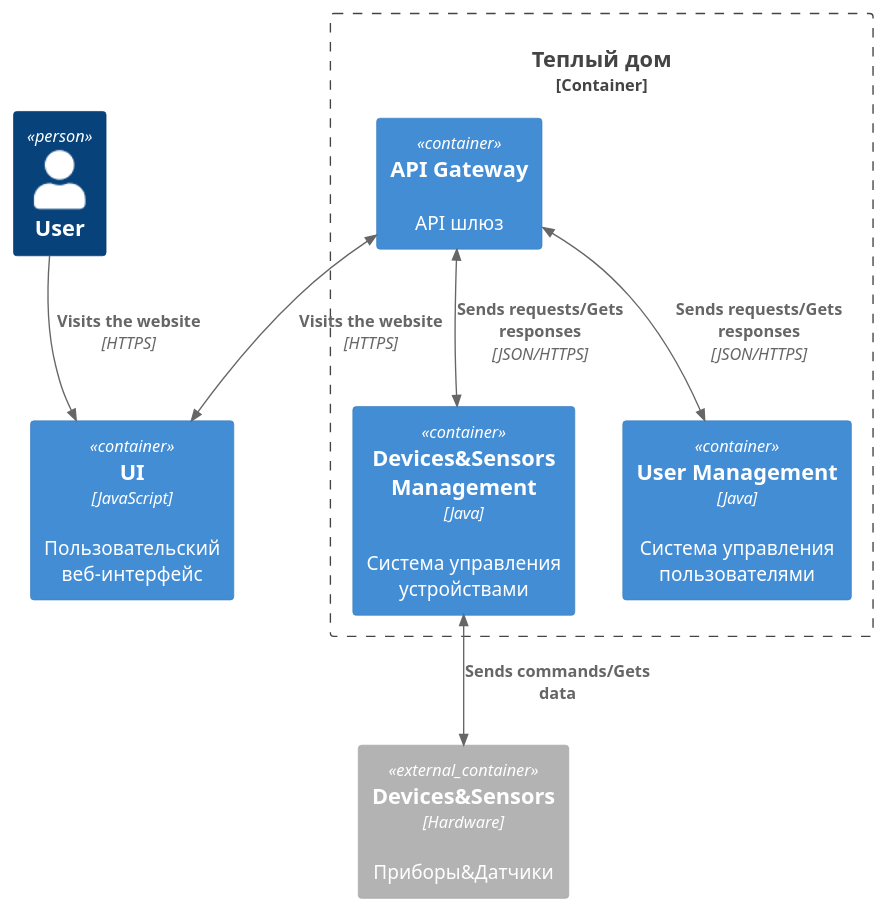
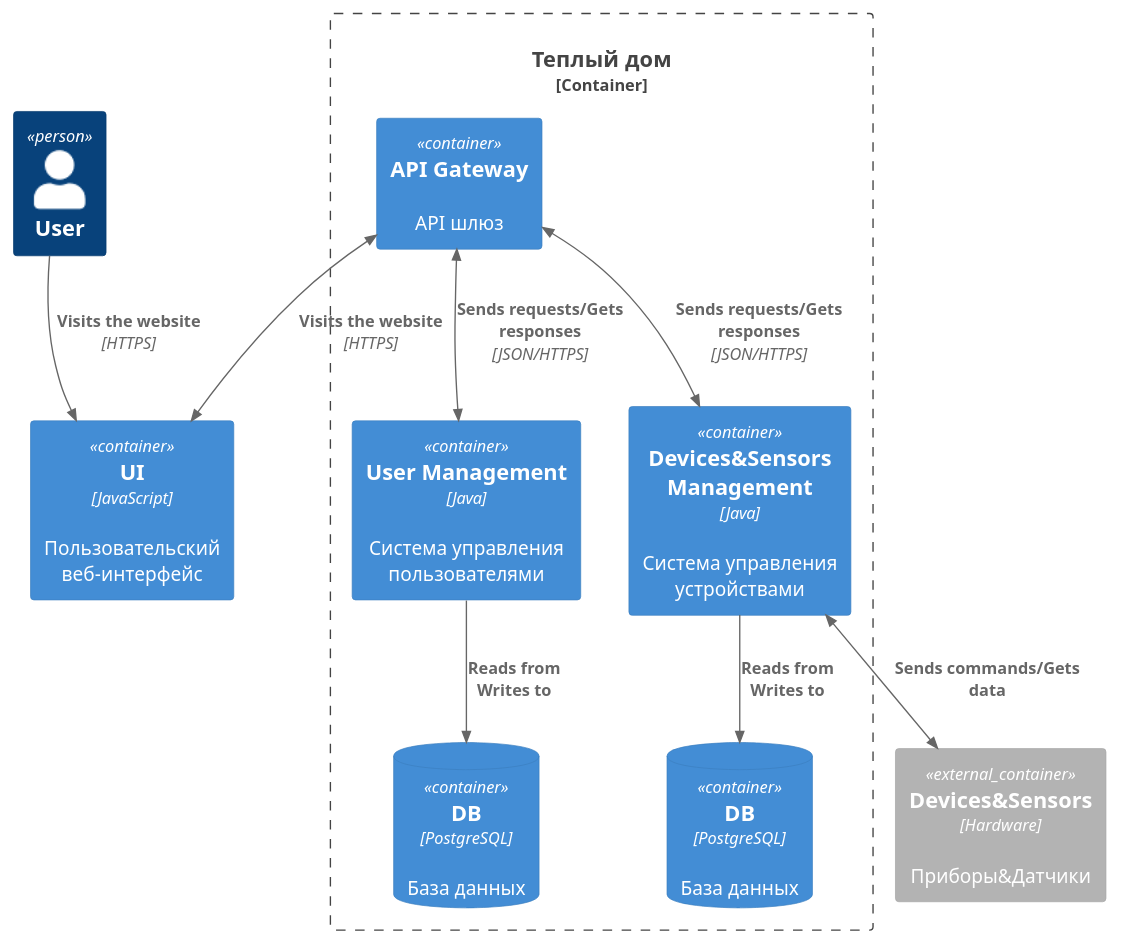
One commit to kvrasuli/architecture-sprint-3 changed the diagram in diagrams/container.puml. Above: the diagram before and after it, drawn with PlantUML. The commit also changed 2 other files, not shown here.

Commit message:
Fix diagrams

```diff
--- a/diagrams/container.puml
+++ b/diagrams/container.puml
@@ -1,21 +1,26 @@
 @startuml C4_Elements
 !include https://raw.githubusercontent.com/plantuml-stdlib/C4-PlantUML/master/C4_Container.puml
 
 Person(personAlias, "User")
 Container(ui, "UI", "JavaScript", "Пользовательский веб-интерфейс")
 Container_Boundary(system, 'Теплый дом') {
     Container(api_gw, "API Gateway", "", "API шлюз")
     Container(ds_management, "Devices&Sensors Management", "Java", "Система управления устройствами")
     Container(user_management, "User Management", "Java", "Система управления пользователями")
+    ContainerDb(ds_db, "DB", "PostgreSQL", "База данных")
+    ContainerDb(users_db, "DB", "PostgreSQL", "База данных")
+
 }
 Container_Ext(devices_sensors, "Devices&Sensors", "Hardware", "Приборы&Датчики")
 
 Rel(personAlias, ui, "Visits the website", "HTTPS")
 BiRel(api_gw, ui, "Visits the website", "HTTPS")
 BiRel(api_gw, ds_management, "Sends requests/Gets responses", "JSON/HTTPS")
 BiRel(ds_management, devices_sensors, "Sends commands/Gets data")
 BiRel(api_gw, user_management, "Sends requests/Gets responses", "JSON/HTTPS")
+Rel(user_management, users_db, "Reads from\nWrites to")
+Rel(ds_management, ds_db, "Reads from\nWrites to")
 
 
 
 @enduml
```
